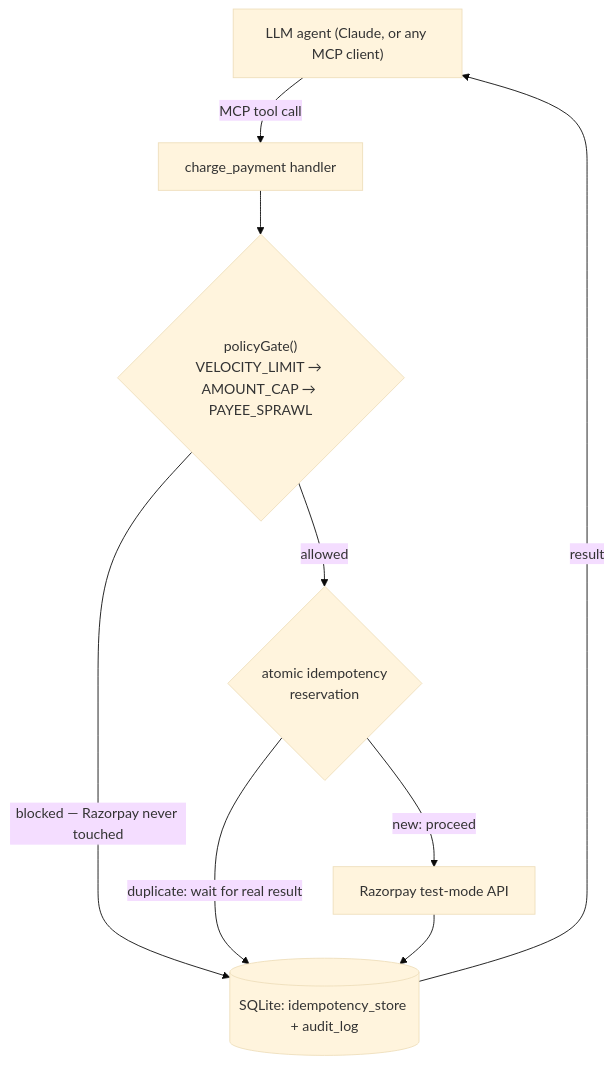
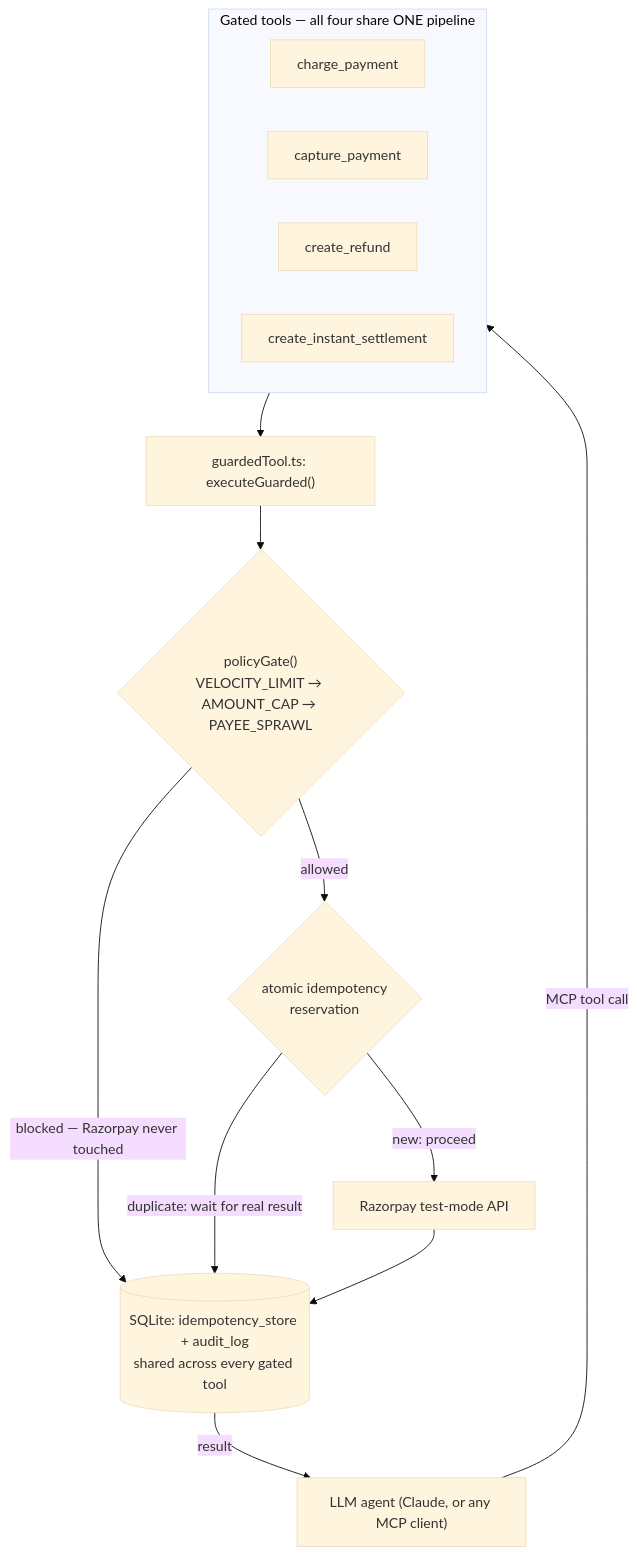
Before and after one commit to divijaiwanth/YAKA: the diagram in README.md, drawn with Mermaid (base theme). The commit also changed other lines of this file and 15 other files, not shown here.

First line of the commit message:
Generalize into a full policy layer across all money-moving tools

````diff
--- a/README.md
+++ b/README.md
@@ -59,17 +69,25 @@
 ```mermaid
 flowchart TD
     Agent["LLM agent (Claude, or any MCP client)"]
-    CP["charge_payment handler"]
+
+    subgraph Tools["Gated tools — all four share ONE pipeline"]
+        CP["charge_payment"]
+        CAP["capture_payment"]
+        REF["create_refund"]
+        SET["create_instant_settlement"]
+    end
+
+    Pipeline["guardedTool.ts: executeGuarded()"]
     Gate{"policyGate()<br/>VELOCITY_LIMIT → AMOUNT_CAP → PAYEE_SPRAWL"}
     Idem{"atomic idempotency<br/>reservation"}
     RZP["Razorpay test-mode API"]
-    DB[("SQLite: idempotency_store + audit_log")]
+    DB[("SQLite: idempotency_store + audit_log<br/>shared across every gated tool")]
 
-    Agent -->|"MCP tool call"| CP
-    CP --> Gate
+    Agent -->|"MCP tool call"| Tools --> Pipeline
+    Pipeline --> Gate
     Gate -->|"blocked — Razorpay never touched"| DB
     Gate -->|"allowed"| Idem
     Idem -->|"duplicate: wait for real result"| DB
     Idem -->|"new: proceed"| RZP --> DB
     DB -->|"result"| Agent
 ```
````
